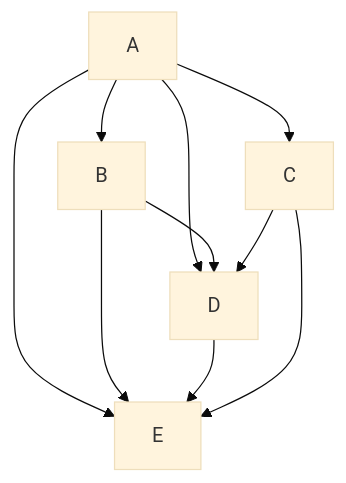
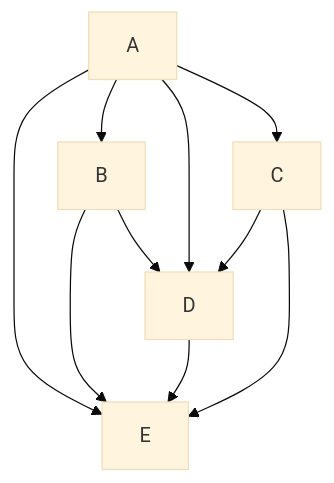
Before and after one commit to AliceOrlandini/University: the fourth of 10 diagrams in Magistrale/Distributed Systems/Chapters/Concorrenza.md, drawn with Mermaid (base theme). The commit also changed other lines of this file and 2 other files, not shown here.

````diff
--- a/Magistrale/Distributed Systems/Chapters/Concorrenza.md
+++ b/Magistrale/Distributed Systems/Chapters/Concorrenza.md
@@ -94,12 +94,12 @@
 ```mermaid
 graph TD; 
-	A-->D;
 	A-->B; 
 	A-->C;
+	B-->D;
+	A-->D;
 	A-->E;
-	B-->D;
 	B-->E;
 	C-->D;
 	D-->E;
 	C-->E;
 ```
````
